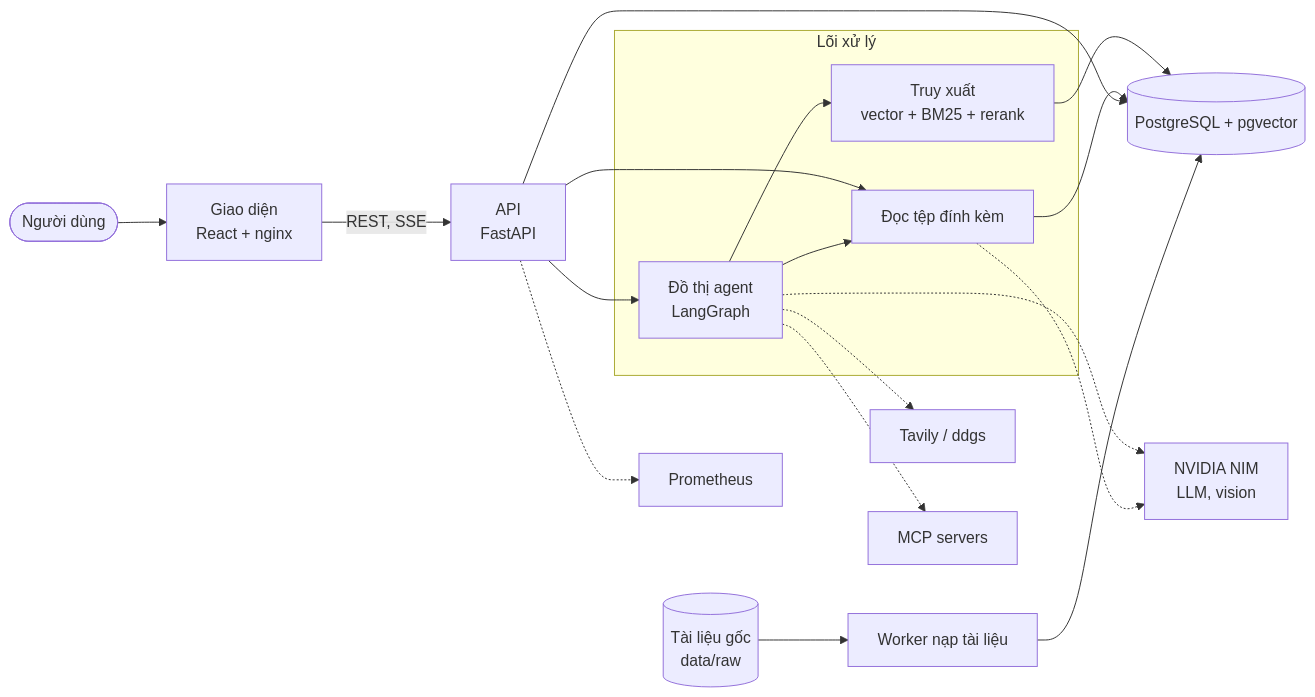
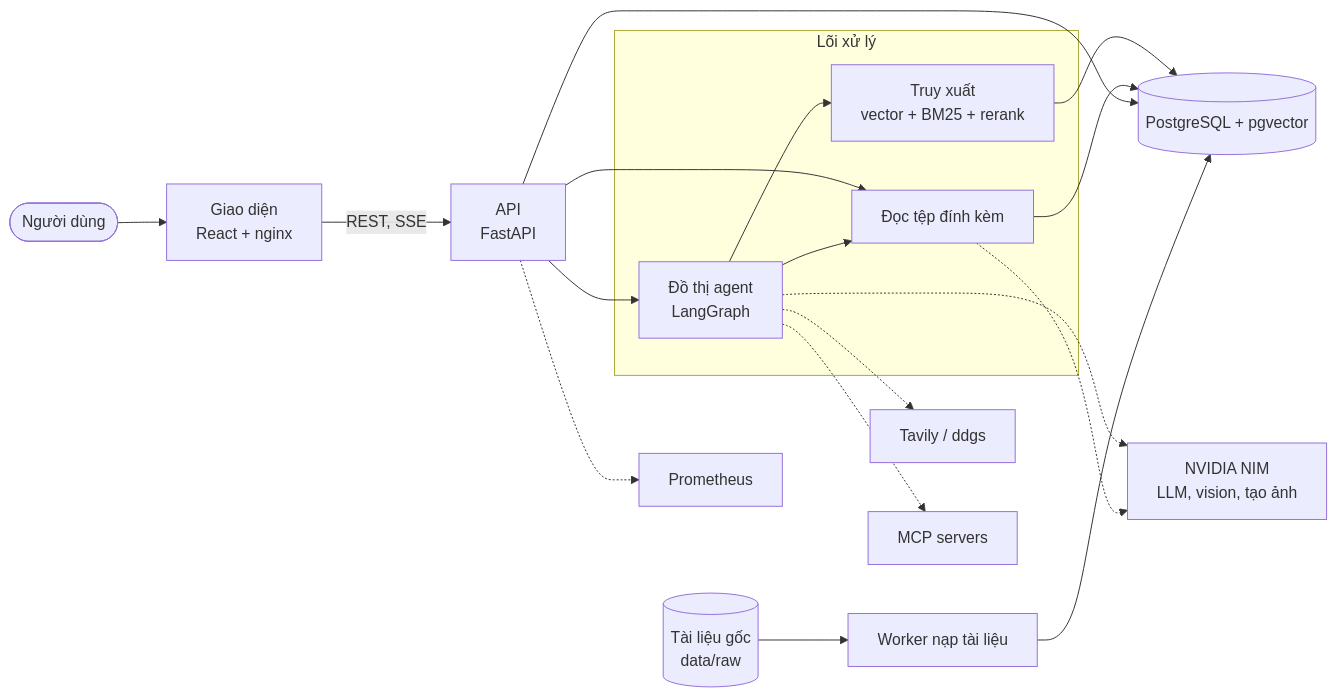
Before and after one commit to hbkhanh22/Multi-RAG-Agent: the first of 2 diagrams in README.md, drawn with Mermaid. The commit also changed other lines of this file and 42 other files, not shown here.

````diff
--- a/README.md
+++ b/README.md
@@ -45,29 +47,29 @@
 ```mermaid
 flowchart LR
     U(["Người dùng"]) --> WEB["Giao diện<br/>React + nginx"]
     WEB -->|"REST, SSE"| API["API<br/>FastAPI"]
 
     subgraph CORE["Lõi xử lý"]
         GRAPH["Đồ thị agent<br/>LangGraph"]
         RET["Truy xuất<br/>vector + BM25 + rerank"]
         ATT["Đọc tệp đính kèm"]
     end
 
     API --> GRAPH
     API --> ATT
     GRAPH --> RET
     GRAPH --> ATT
 
     RET --> DB[("PostgreSQL + pgvector")]
     ATT --> DB
     API --> DB
 
     DOCS[("Tài liệu gốc<br/>data/raw")] --> WORKER["Worker nạp tài liệu"]
     WORKER --> DB
 
-    GRAPH -.-> NIM["NVIDIA NIM<br/>LLM, vision"]
+    GRAPH -.-> NIM["NVIDIA NIM<br/>LLM, vision, tạo ảnh"]
     ATT -.-> NIM
     GRAPH -.-> SEARCH["Tavily / ddgs"]
     GRAPH -.-> MCP["MCP servers"]
     API -.-> OBS["Prometheus"]
 ```
````
